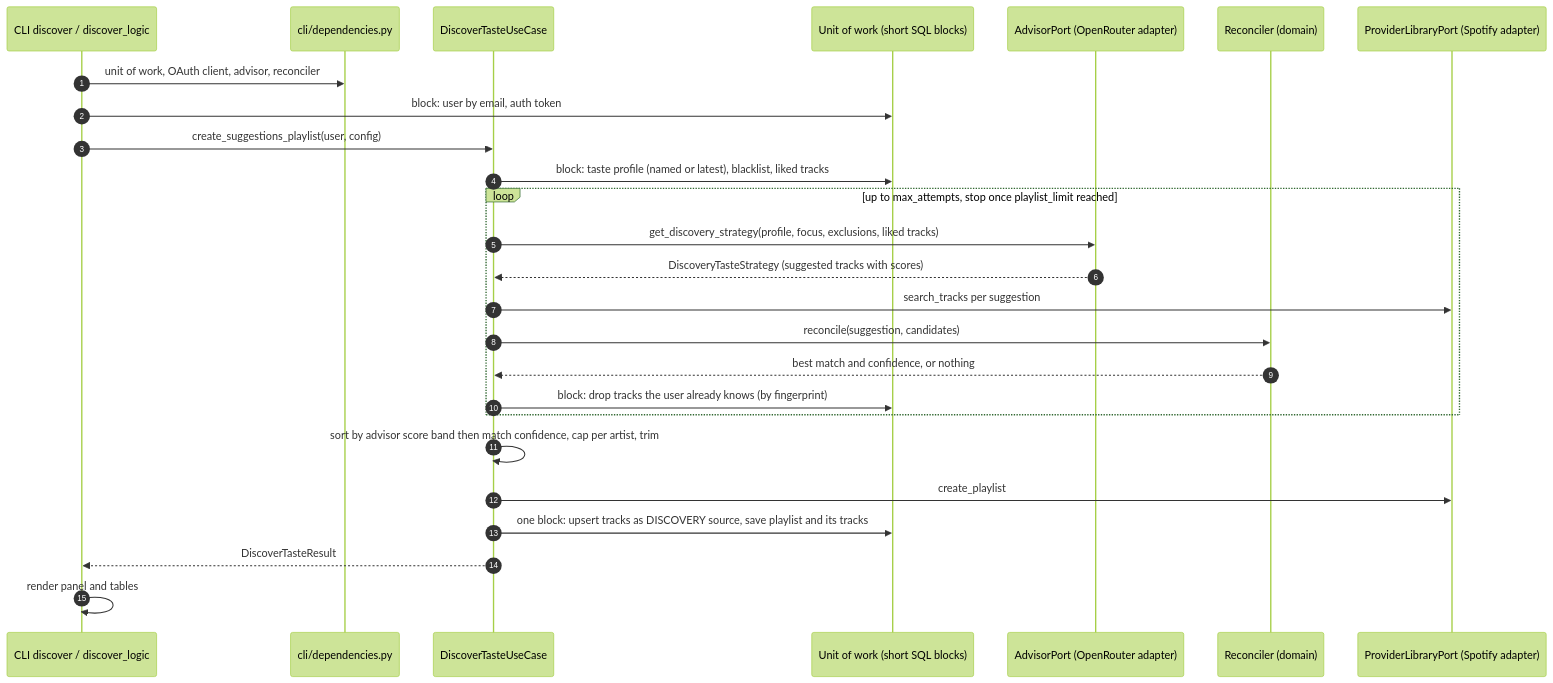
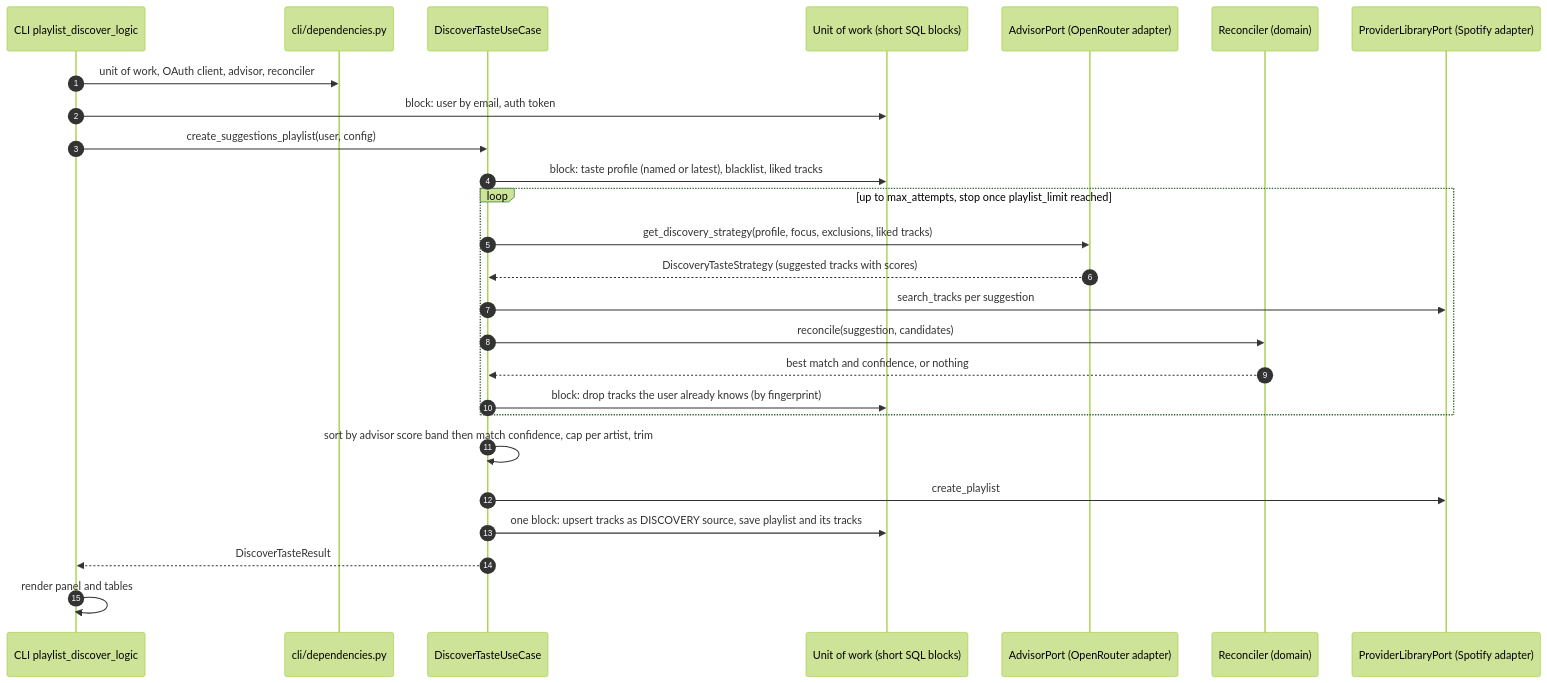
One commit to ychab/museflow changed the second of 2 diagrams in docs/technical/architecture.md. Above: the diagram before and after it, drawn with Mermaid (forest theme). The commit also changed 101 other files, not shown here.

First line of the commit message:
refactor(cli): prefix callbacks and logic with the command group

````diff
--- a/docs/technical/architecture.md
+++ b/docs/technical/architecture.md
@@ -72,29 +72,29 @@
 ```mermaid
 sequenceDiagram
     autonumber
-    participant CLI as CLI discover / discover_logic
+    participant CLI as CLI playlist_discover_logic
     participant DI as cli/dependencies.py
     participant UC as DiscoverTasteUseCase
     participant UoW as Unit of work (short SQL blocks)
     participant Adv as AdvisorPort (OpenRouter adapter)
     participant Rec as Reconciler (domain)
     participant Lib as ProviderLibraryPort (Spotify adapter)
 
     CLI->>DI: unit of work, OAuth client, advisor, reconciler
     CLI->>UoW: block: user by email, auth token
     CLI->>UC: create_suggestions_playlist(user, config)
     UC->>UoW: block: taste profile (named or latest), blacklist, liked tracks
     loop up to max_attempts, stop once playlist_limit reached
         UC->>Adv: get_discovery_strategy(profile, focus, exclusions, liked tracks)
         Adv-->>UC: DiscoveryTasteStrategy (suggested tracks with scores)
         UC->>Lib: search_tracks per suggestion
         UC->>Rec: reconcile(suggestion, candidates)
         Rec-->>UC: best match and confidence, or nothing
         UC->>UoW: block: drop tracks the user already knows (by fingerprint)
     end
     UC->>UC: sort by advisor score band then match confidence, cap per artist, trim
     UC->>Lib: create_playlist
     UC->>UoW: one block: upsert tracks as DISCOVERY source, save playlist and its tracks
     UC-->>CLI: DiscoverTasteResult
     CLI->>CLI: render panel and tables
 ```
````
